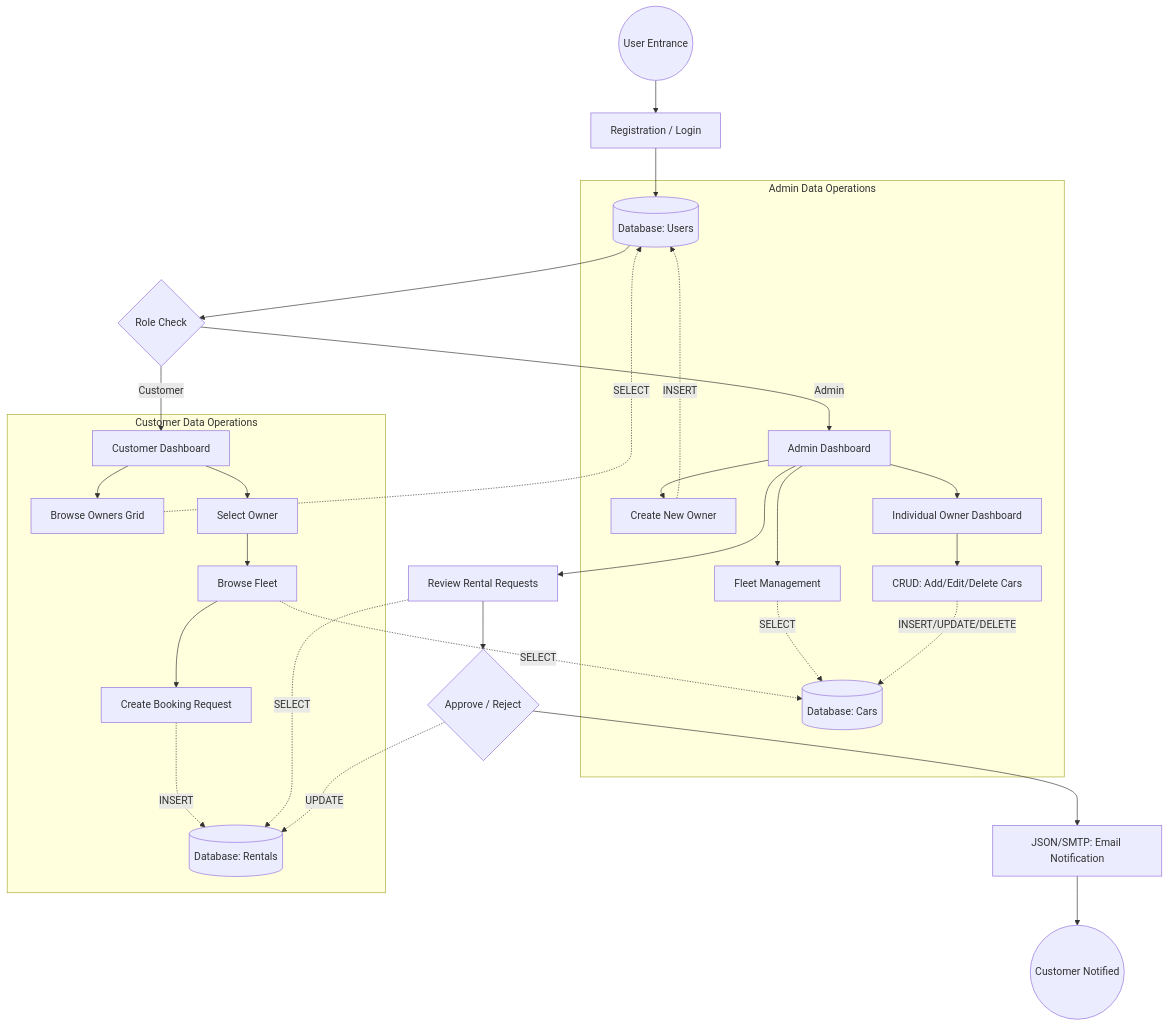
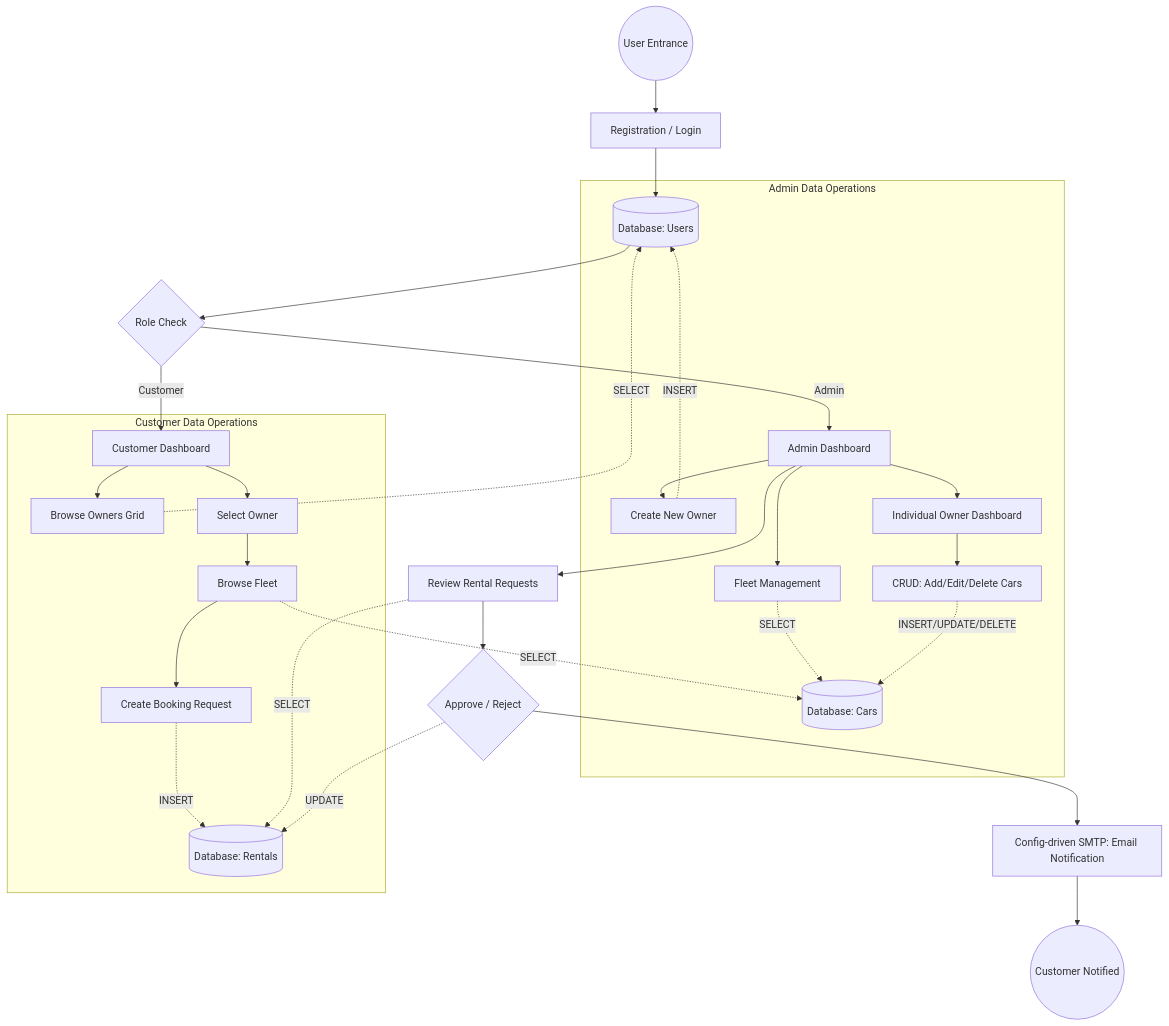
One commit to YoursTrulyInarius/Car_Rental changed the diagram in README.md. Above: the diagram before and after it, drawn with Mermaid. The commit also changed other lines of this file, not shown here.

````diff
--- a/README.md
+++ b/README.md
@@ -10,41 +56,41 @@
 ```mermaid
 graph TD
     %% Entry Point
     Start((User Entrance)) --> Reg[Registration / Login]
     Reg --> DB_Users[(Database: Users)]
     
     %% Role Redirection
     DB_Users --> RoleCheck{Role Check}
     RoleCheck -- "Admin" --> AdminDash[Admin Dashboard]
     RoleCheck -- "Customer" --> CustDash[Customer Dashboard]
     
     %% Admin Workflows
     subgraph "Admin Data Operations"
         AdminDash --> AddOwner[Create New Owner]
         AddOwner -.->|INSERT| DB_Users
         AdminDash --> ViewFleet[Fleet Management]
         ViewFleet -.->|SELECT| DB_Cars
         AdminDash --> OwnerDash[Individual Owner Dashboard]
         OwnerDash --> ManageCars[CRUD: Add/Edit/Delete Cars]
         ManageCars -.->|INSERT/UPDATE/DELETE| DB_Cars[(Database: Cars)]
     end
     
     %% Customer Workflows
     subgraph "Customer Data Operations"
         CustDash --> BrowseOwners[Browse Owners Grid]
         BrowseOwners -.->|SELECT| DB_Users
         CustDash --> SelectOwner[Select Owner]
         SelectOwner --> BrowseFleet[Browse Fleet]
         BrowseFleet -.->|SELECT| DB_Cars
         BrowseFleet --> Booking[Create Booking Request]
         Booking -.->|INSERT| DB_Rentals[(Database: Rentals)]
     end
     
     %% Business Logic Loop
     AdminDash --> ReviewRentals[Review Rental Requests]
     ReviewRentals -.->|SELECT| DB_Rentals
     ReviewRentals --> Decision{Approve / Reject}
     Decision -.->|UPDATE| DB_Rentals
-    Decision --> Mail[JSON/SMTP: Email Notification]
+    Decision --> Mail[Config-driven SMTP: Email Notification]
     Mail --> Customer((Customer Notified))
 ```
````
